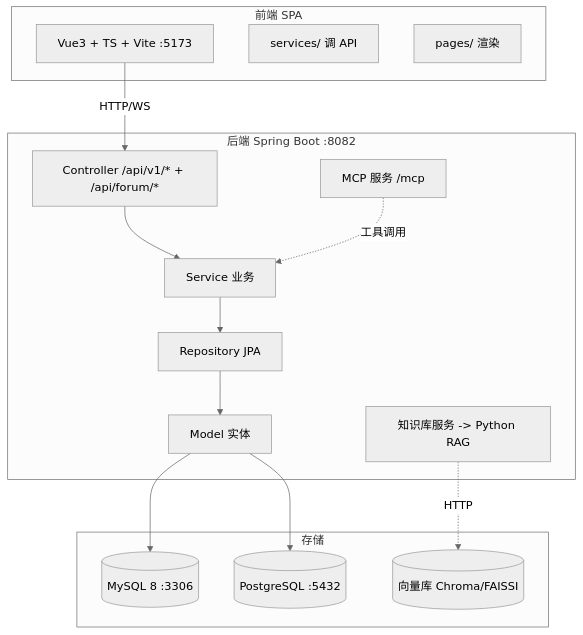
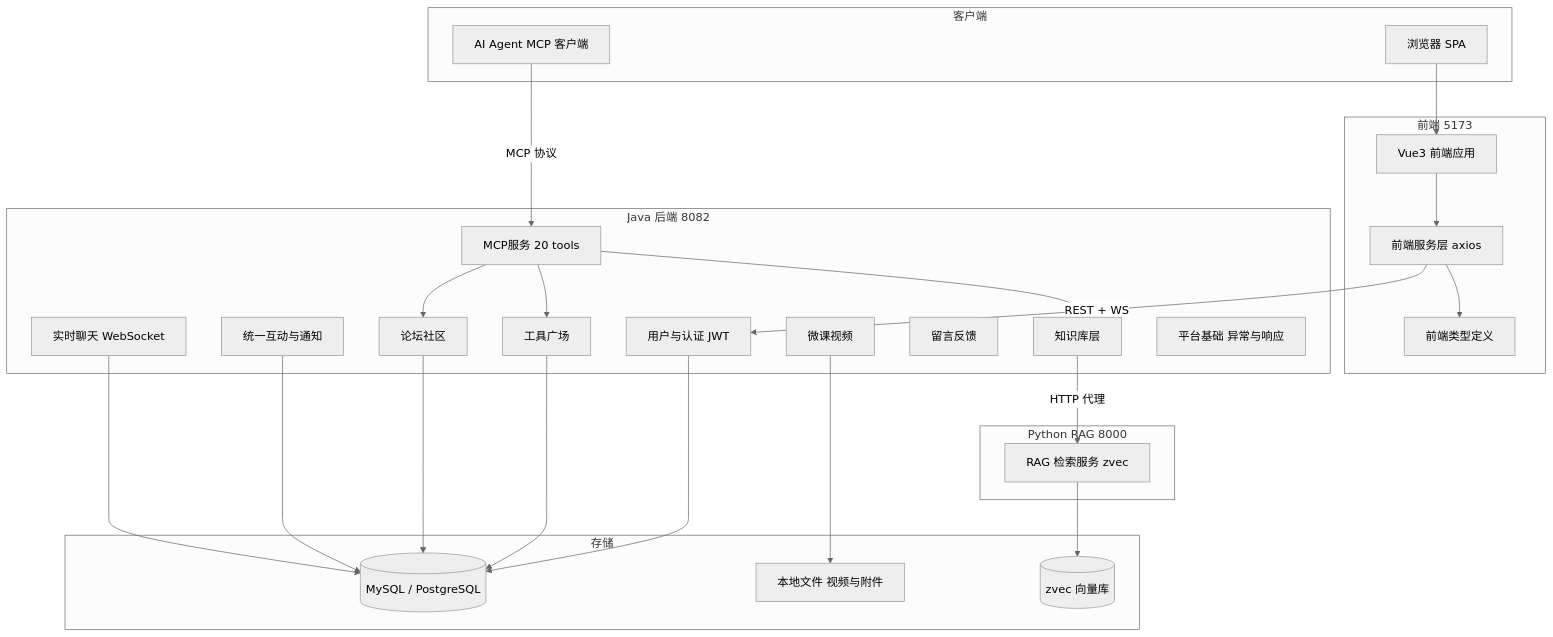
One commit to mambo-wang/CodingHub changed the first of 2 diagrams in repowiki/wiki/overview.md. Above: the diagram before and after it, drawn with Mermaid (neutral theme). The commit also changed other lines of this file and 59 other files, not shown here.

````diff
--- a/repowiki/wiki/overview.md
+++ b/repowiki/wiki/overview.md
@@ -15,27 +18,48 @@
 ```mermaid
 graph TD
-    subgraph 前端 SPA
-        FE[Vue3 + TS + Vite :5173]
-        SRV[services/ 调 API]
-        PG[pages/ 渲染]
+    subgraph "客户端"
+        Browser[浏览器 SPA]
+        Agent[AI Agent MCP 客户端]
     end
-    subgraph 后端 Spring Boot :8082
-        CTRL[Controller /api/v1/* + /api/forum/*]
-        SVC[Service 业务]
-        REPO[Repository JPA]
-        MDL[Model 实体]
-        MCP[MCP 服务 /mcp]
-        RAG[知识库服务 -> Python RAG]
+    subgraph "前端 5173"
+        FE[Vue3 前端应用]
+        FESvc[前端服务层 axios]
+        FETypes[前端类型定义]
     end
-    subgraph 存储
-        MYSQL[(MySQL 8 :3306)]
-        PGDB[(PostgreSQL :5432)]
-        VEC[(向量库 Chroma/FAISSI)]
+    subgraph "Java 后端 8082"
+        Auth[用户与认证 JWT]
+        Tools[工具广场]
+        Forum[论坛社区]
+        Video[微课视频]
+        KB[知识库层]
+        Chat[实时聊天 WebSocket]
+        FB[留言反馈]
+        UNI[统一互动与通知]
+        MCP[MCP服务 20 tools]
+        Base[平台基础 异常与响应]
     end
-    FE -->|HTTP/WS| CTRL
-    CTRL --> SVC --> REPO --> MDL
-    MDL --> MYSQL
-    MDL --> PGDB
-    MCP -.工具调用.-> SVC
-    RAG -.HTTP.-> VEC
+    subgraph "Python RAG 8000"
+        RAG[RAG 检索服务 zvec]
+    end
+    subgraph "存储"
+        DB[(MySQL / PostgreSQL)]
+        FS[本地文件 视频与附件]
+        VDB[(zvec 向量库)]
+    end
+    Browser --> FE
+    FE --> FESvc
+    FESvc --> FETypes
+    FESvc -->|REST + WS| Auth
+    Agent -->|MCP 协议| MCP
+    Auth --> DB
+    Tools --> DB
+    Forum --> DB
+    Video --> FS
+    KB -->|HTTP 代理| RAG
+    RAG --> VDB
+    UNI --> DB
+    MCP --> Tools
+    MCP --> Forum
+    MCP --> KB
+    Chat --> DB
 ```
````
